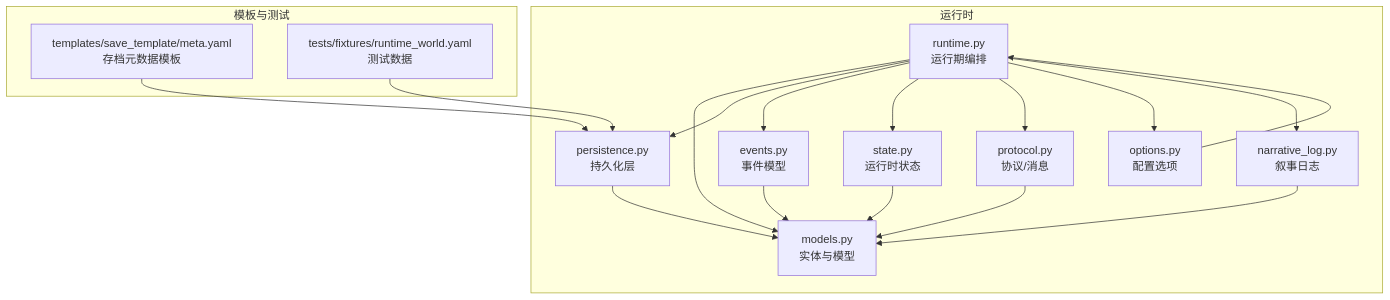
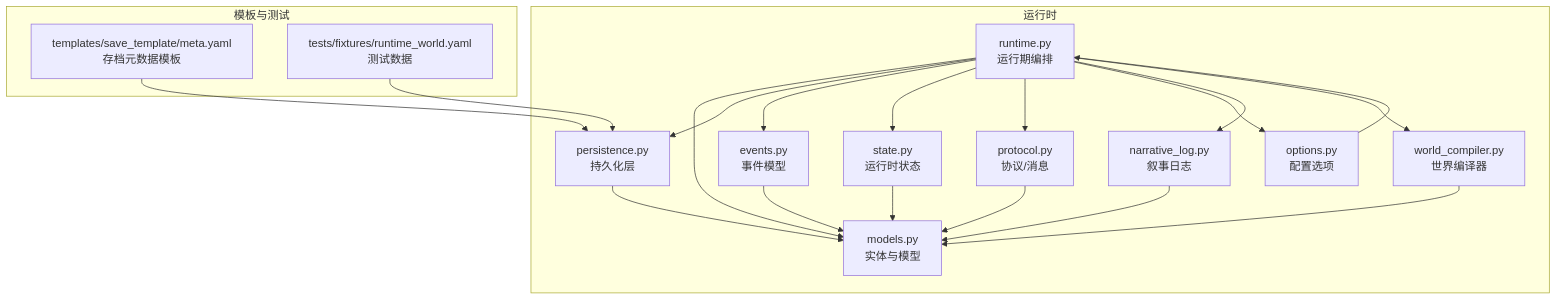
One commit to Ivandanslespace/thegreatnovel changed the first of 7 diagrams in .qoder/repowiki/zh/content/运行时系统/数据模型.md. Above: the diagram before and after it, drawn with Mermaid. The commit also changed other lines of this file and 64 other files, not shown here.

````diff
--- a/.qoder/repowiki/zh/content/运行时系统/数据模型.md
+++ b/.qoder/repowiki/zh/content/运行时系统/数据模型.md
@@ -45,32 +57,35 @@
 ```mermaid
 graph TB
 subgraph "运行时"
 M["models.py<br/>实体与模型"]
 P["persistence.py<br/>持久化层"]
 E["events.py<br/>事件模型"]
 S["state.py<br/>运行时状态"]
 R["runtime.py<br/>运行期编排"]
 PR["protocol.py<br/>协议/消息"]
 O["options.py<br/>配置选项"]
 NL["narrative_log.py<br/>叙事日志"]
+WC["world_compiler.py<br/>世界编译器"]
 end
 subgraph "模板与测试"
 TMeta["templates/save_template/meta.yaml<br/>存档元数据模板"]
 TFix["tests/fixtures/runtime_world.yaml<br/>测试数据"]
 end
 R --> M
 R --> P
 R --> E
 R --> S
 R --> PR
 R --> O
 R --> NL
+R --> WC
 P --> M
 E --> M
 S --> M
 PR --> M
 O --> R
 NL --> M
+WC --> M
 TMeta --> P
 TFix --> P
 ```
````
